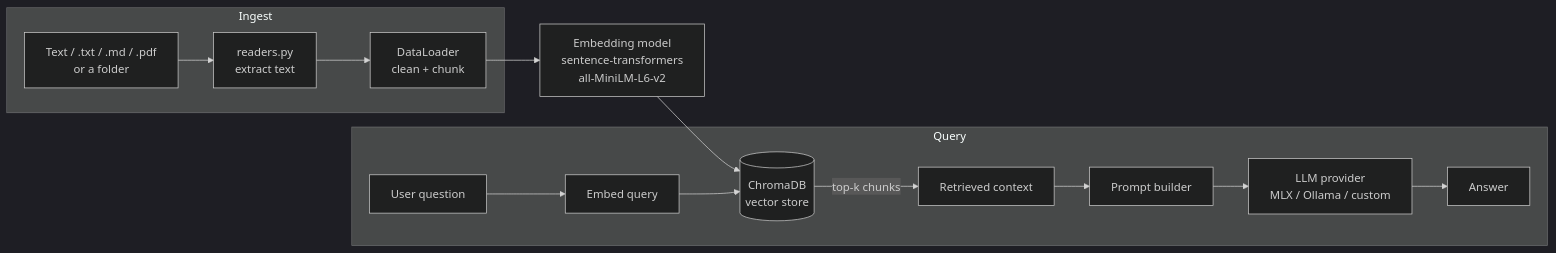
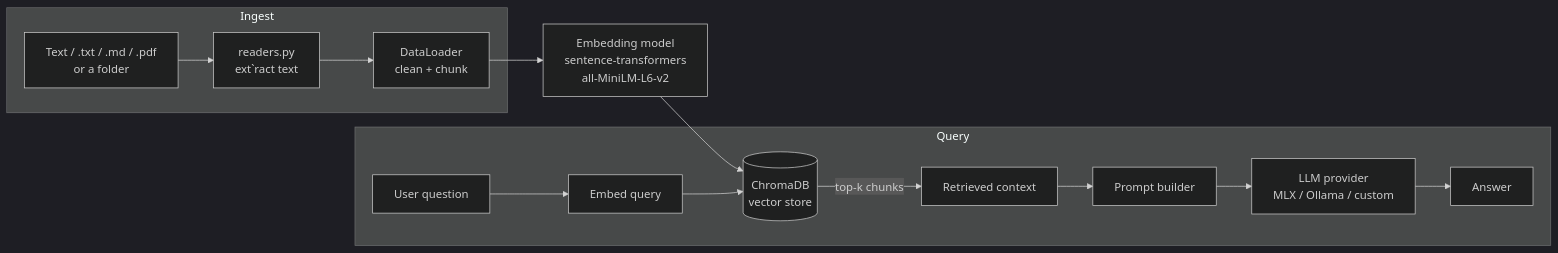
One commit to ajaiswal1818/InterviewHelp changed the first of 2 diagrams in README.md. Above: the diagram before and after it, drawn with Mermaid (dark theme). The commit also changed other lines of this file and 6 other files, not shown here.

````diff
--- a/README.md
+++ b/README.md
@@ -26,19 +26,19 @@
 ```mermaid
 flowchart LR
     subgraph Ingest
-        A[Text / .txt / .md / .pdf<br/>or a folder] --> B[readers.py<br/>extract text]
+        A[Text / .txt / .md / .pdf<br/>or a folder] --> B[readers.py<br/>ext`ract text]
         B --> C[DataLoader<br/>clean + chunk]
     end
 
     C --> D[Embedding model<br/>sentence-transformers<br/>all-MiniLM-L6-v2]
     D --> E[(ChromaDB<br/>vector store)]
 
     subgraph Query
         Q[User question] --> D2[Embed query]
         D2 --> E
         E -->|top-k chunks| R[Retrieved context]
         R --> P[Prompt builder]
         P --> L[LLM provider<br/>MLX / Ollama / custom]
         L --> ANS[Answer]
     end
 ```
````
